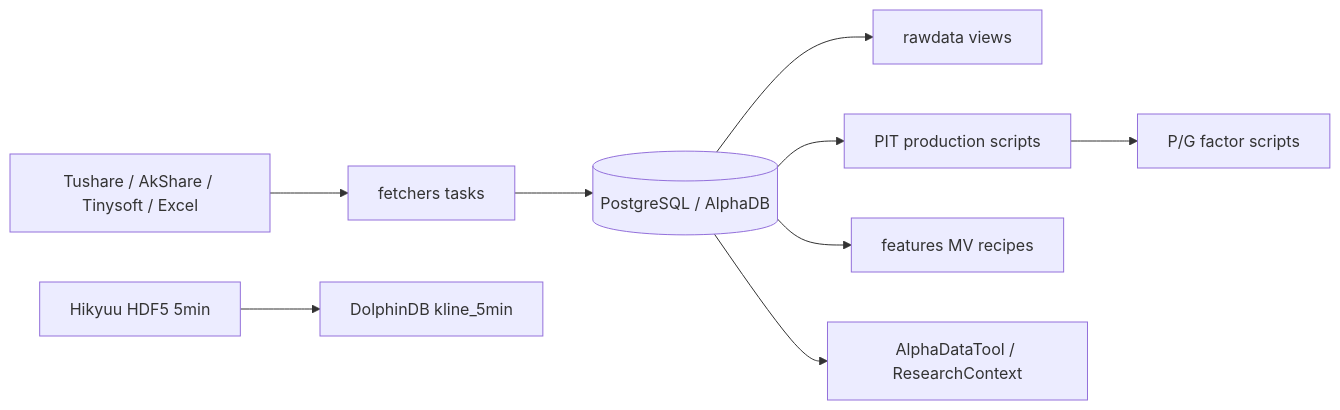
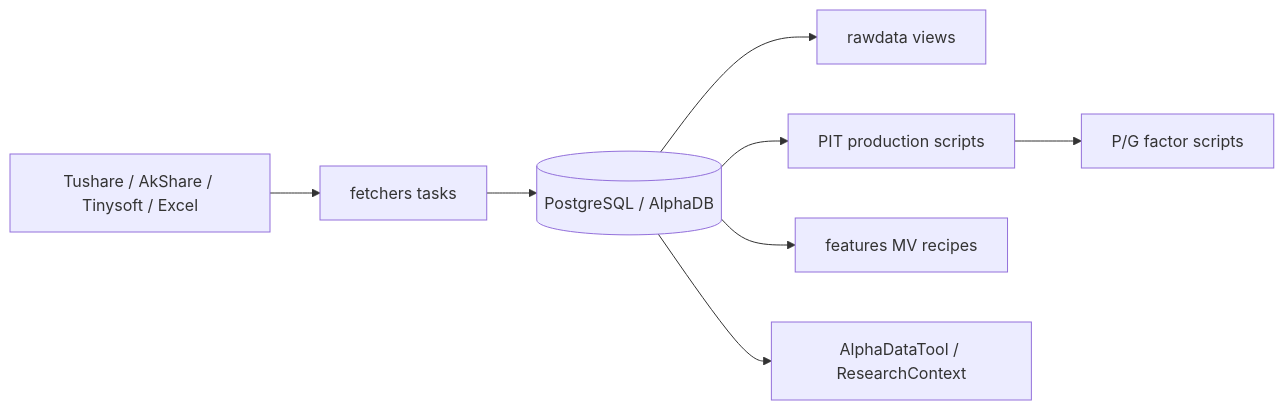
Before and after one commit to Fredy518/alphaHome: the diagram in docs/architecture/system_overview.md, drawn with Mermaid. The commit also changed other lines of this file and 66 other files, not shown here.

````diff
--- a/docs/architecture/system_overview.md
+++ b/docs/architecture/system_overview.md
@@ -39,11 +38,10 @@
 ```mermaid
 flowchart LR
     Sources[Tushare / AkShare / Tinysoft / Excel] --> Fetchers[fetchers tasks]
     Fetchers --> AlphaDB[(PostgreSQL / AlphaDB)]
     AlphaDB --> Rawdata[rawdata views]
     AlphaDB --> PIT[PIT production scripts]
     PIT --> FactorPG[P/G factor scripts]
     AlphaDB --> Features[features MV recipes]
     AlphaDB --> Providers[AlphaDataTool / ResearchContext]
-    Hikyuu[Hikyuu HDF5 5min] --> DDB[DolphinDB kline_5min]
 ```
````
